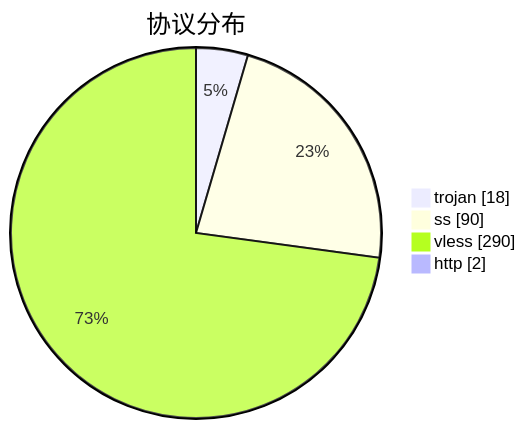
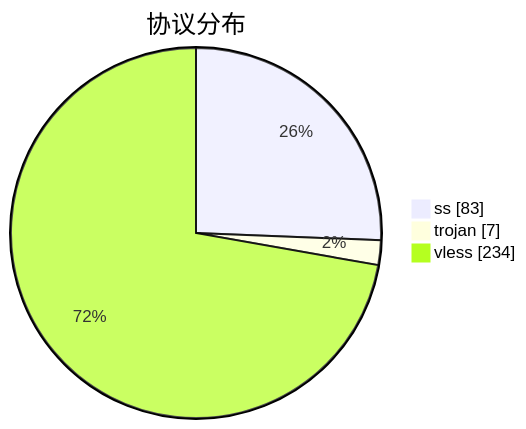
The third of 3 diagrams in subs/statistics/tested_within.md (qjlxg/airport), drawn with Mermaid before and after one commit. The commit also changed other lines of this file and 2 other files, not shown here.

````diff
--- a/subs/statistics/tested_within.md
+++ b/subs/statistics/tested_within.md
@@ -19,8 +19,7 @@
 ```mermaid
 pie showData
 title 协议分布
-"trojan" : 18
-"ss" : 90
-"vless" : 290
-"http" : 2
+"ss" : 83
+"trojan" : 7
+"vless" : 234
 ```
````
